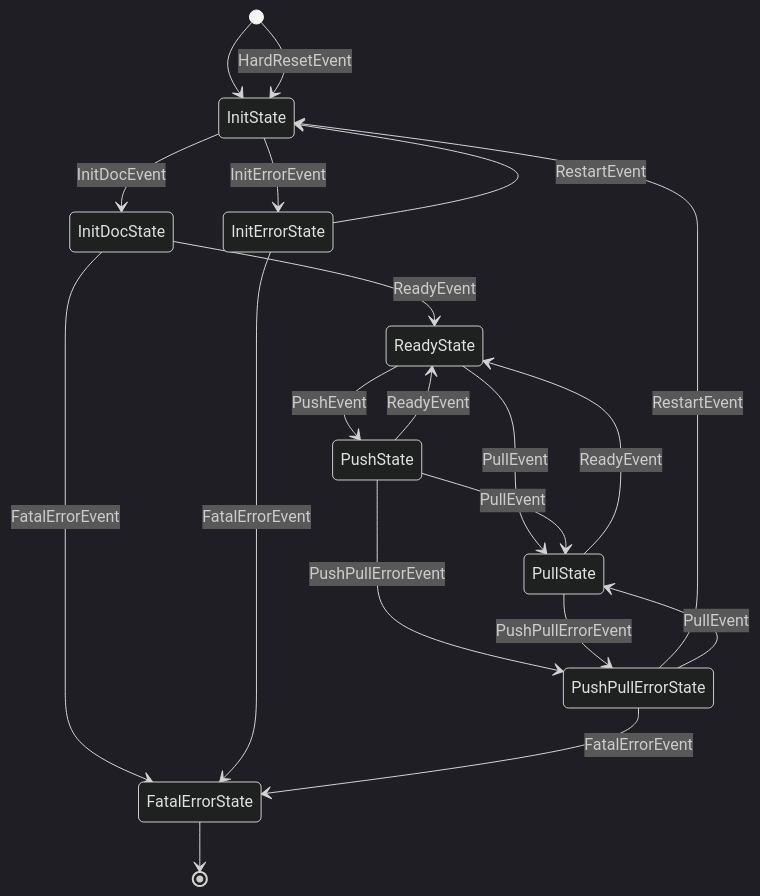
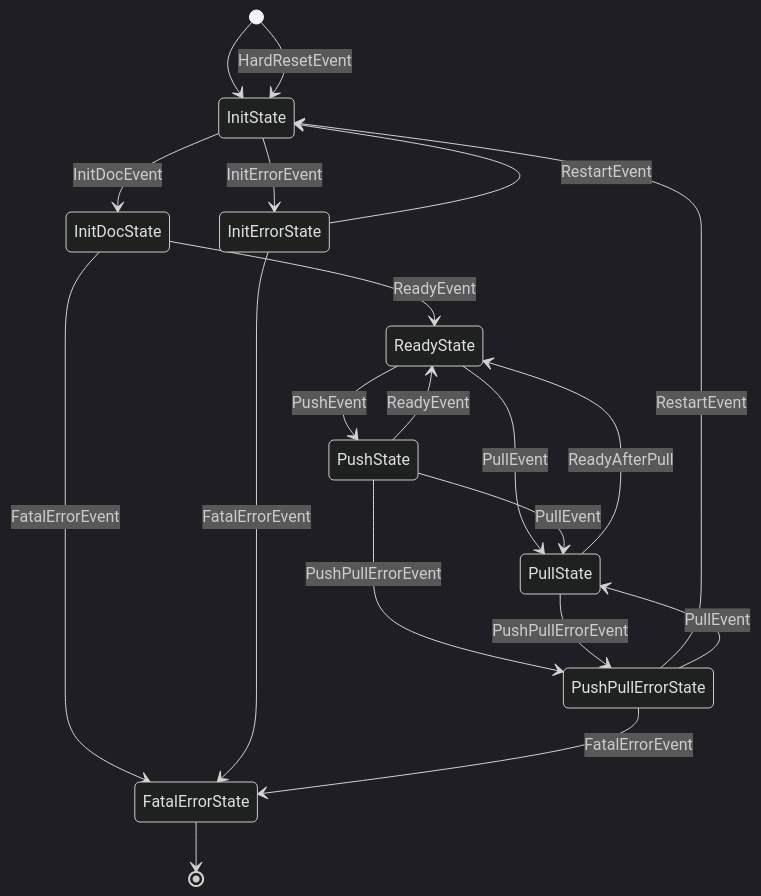
The diagram in lib/collab-client/api.md (bangle-io/bangle-editor), drawn with Mermaid (dark theme) before and after one commit. The commit also changed 7 other files, not shown here.

````diff
--- a/lib/collab-client/api.md
+++ b/lib/collab-client/api.md
@@ -20,22 +20,22 @@
 ```mermaid
 stateDiagram-v2
     [*] --> InitState
     [*] --> InitState: HardResetEvent
     InitState --> InitDocState: InitDocEvent
     InitState --> InitErrorState: InitErrorEvent
     InitDocState --> ReadyState: ReadyEvent
     InitDocState --> FatalErrorState: FatalErrorEvent
     InitErrorState --> InitState: RestartEvent
     InitErrorState --> FatalErrorState: FatalErrorEvent
     ReadyState --> PushState: PushEvent
     ReadyState --> PullState: PullEvent
     PushState --> ReadyState: ReadyEvent
     PushState --> PullState: PullEvent
     PushState --> PushPullErrorState: PushPullErrorEvent
-    PullState --> ReadyState: ReadyEvent
+    PullState --> ReadyState: ReadyAfterPull
     PullState --> PushPullErrorState: PushPullErrorEvent
     PushPullErrorState --> InitState: RestartEvent
     PushPullErrorState --> PullState: PullEvent
     PushPullErrorState --> FatalErrorState: FatalErrorEvent
     FatalErrorState --> [*]
 ```
````
